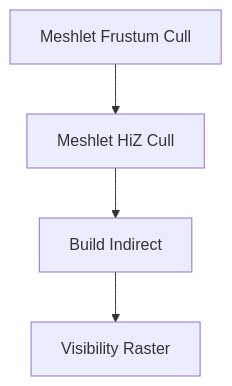
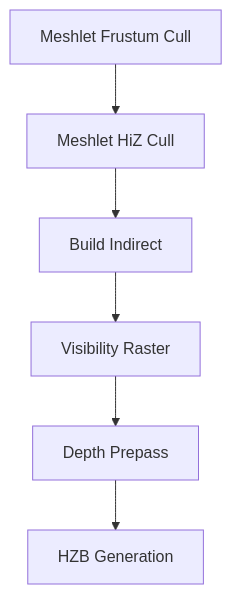
The second of 4 diagrams in doc/gpu_driven_pipeline.md (zzxzzk115/libvultra), drawn with Mermaid before and after one commit. The commit also changed other lines of this file and 34 other files, not shown here.

````diff
--- a/doc/gpu_driven_pipeline.md
+++ b/doc/gpu_driven_pipeline.md
@@ -135,12 +156,16 @@
 ```mermaid
 flowchart TD
 
 A[Meshlet Frustum Cull]
 B[Meshlet HiZ Cull]
 C[Build Indirect]
 D[Visibility Raster]
+E[Depth Prepass]
+F[HZB Generation]
 
 A --> B
 B --> C
 C --> D
+D --> E
+E --> F
 ```
````
